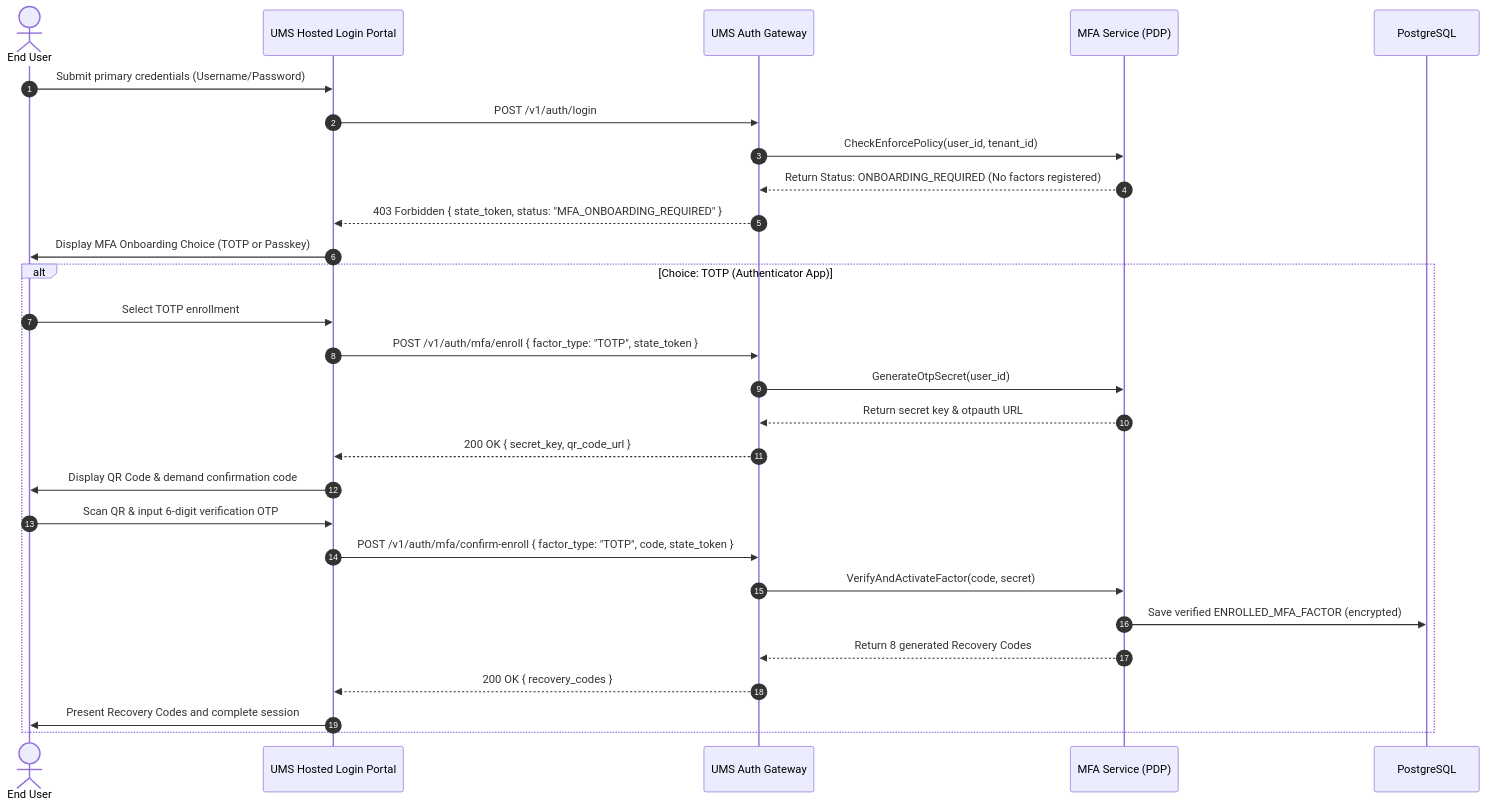
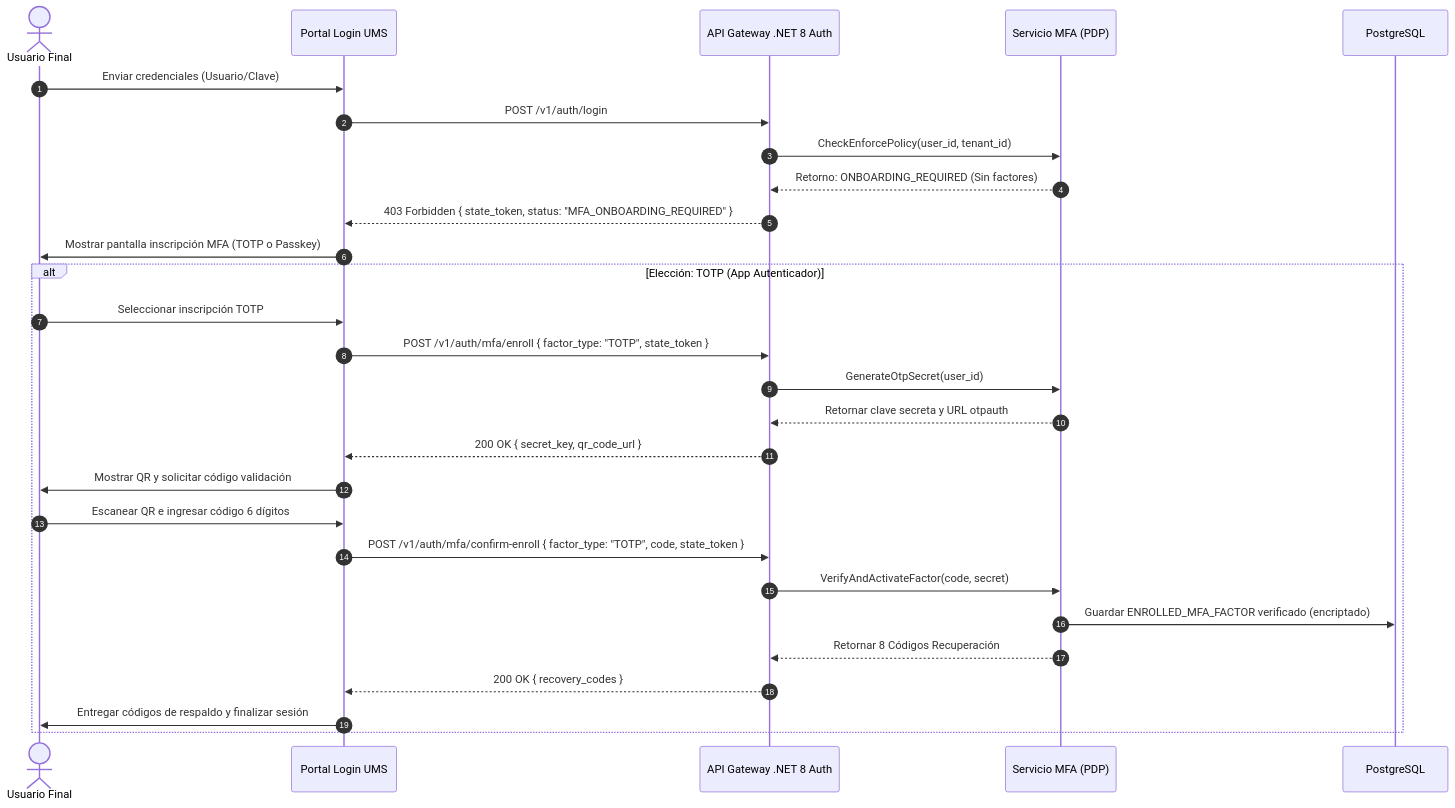
Before and after one commit to beyondnetcode/ums: the first of 2 diagrams in src/ums-workspace/docs/es/01-requirements/usecases/uc-11-mfa-passwordless-adaptive-auth.md, drawn with Mermaid. The commit also changed other lines of this file and 6 other files, not shown here.

Commit message:
docs: complete semantic translation of UC-05 to UC-11, unifying language and diagram nodes to Spanish

````diff
--- a/src/ums-workspace/docs/es/01-requirements/usecases/uc-11-mfa-passwordless-adaptive-auth.md
+++ b/src/ums-workspace/docs/es/01-requirements/usecases/uc-11-mfa-passwordless-adaptive-auth.md
@@ -26,32 +24,32 @@
 ```mermaid
 sequenceDiagram
     autonumber
-    actor User as End User
-    participant Portal as UMS Hosted Login Portal
-    participant Gateway as UMS Auth Gateway
-    participant MFA as MFA Service (PDP)
+    actor User as Usuario Final
+    participant Portal as Portal Login UMS
+    participant Gateway as API Gateway .NET 8 Auth
+    participant MFA as Servicio MFA (PDP)
     participant DB as PostgreSQL
 
-    User->>Portal: Submit primary credentials (Username/Password)
+    User->>Portal: Enviar credenciales (Usuario/Clave)
     Portal->>Gateway: POST /v1/auth/login
     Gateway->>MFA: CheckEnforcePolicy(user_id, tenant_id)
-    MFA-->>Gateway: Return Status: ONBOARDING_REQUIRED (No factors registered)
+    MFA-->>Gateway: Retorno: ONBOARDING_REQUIRED (Sin factores)
     Gateway-->>Portal: 403 Forbidden { state_token, status: "MFA_ONBOARDING_REQUIRED" }
-    Portal->>User: Display MFA Onboarding Choice (TOTP or Passkey)
+    Portal->>User: Mostrar pantalla inscripción MFA (TOTP o Passkey)
     
-    alt Choice: TOTP (Authenticator App)
-        User->>Portal: Select TOTP enrollment
+    alt Elección: TOTP (App Autenticador)
+        User->>Portal: Seleccionar inscripción TOTP
         Portal->>Gateway: POST /v1/auth/mfa/enroll { factor_type: "TOTP", state_token }
         Gateway->>MFA: GenerateOtpSecret(user_id)
-        MFA-->>Gateway: Return secret key & otpauth URL
+        MFA-->>Gateway: Retornar clave secreta y URL otpauth
         Gateway-->>Portal: 200 OK { secret_key, qr_code_url }
-        Portal->>User: Display QR Code & demand confirmation code
-        User->>Portal: Scan QR & input 6-digit verification OTP
+        Portal->>User: Mostrar QR y solicitar código validación
+        User->>Portal: Escanear QR e ingresar código 6 dígitos
         Portal->>Gateway: POST /v1/auth/mfa/confirm-enroll { factor_type: "TOTP", code, state_token }
         Gateway->>MFA: VerifyAndActivateFactor(code, secret)
-        MFA->>DB: Save verified ENROLLED_MFA_FACTOR (encrypted)
-        MFA-->>Gateway: Return 8 generated Recovery Codes
+        MFA->>DB: Guardar ENROLLED_MFA_FACTOR verificado (encriptado)
+        MFA-->>Gateway: Retornar 8 Códigos Recuperación
         Gateway-->>Portal: 200 OK { recovery_codes }
-        Portal->>User: Present Recovery Codes and complete session
+        Portal->>User: Entregar códigos de respaldo y finalizar sesión
     end
 ```
````
